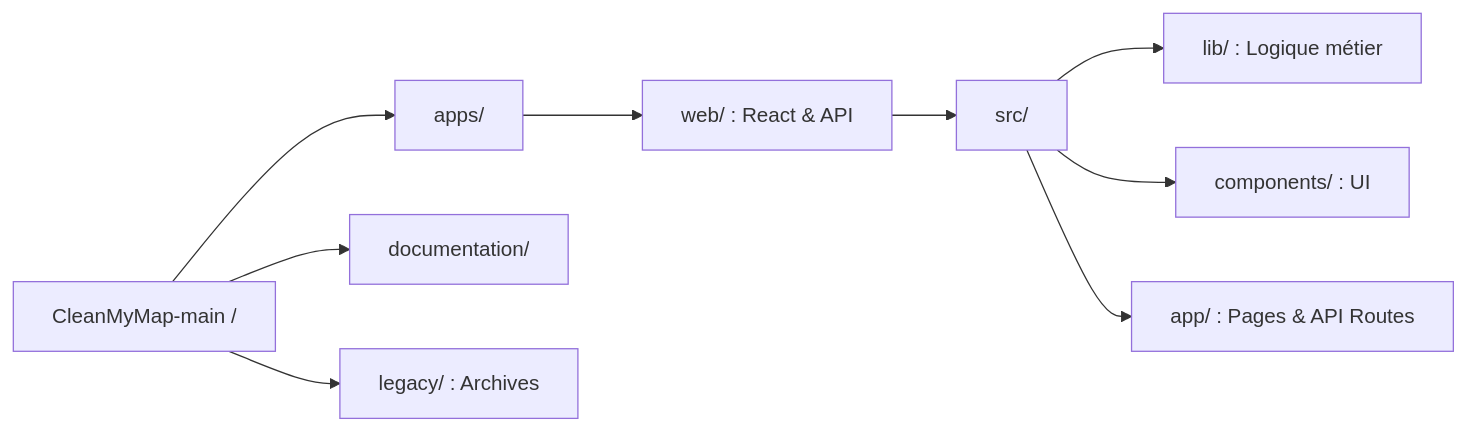
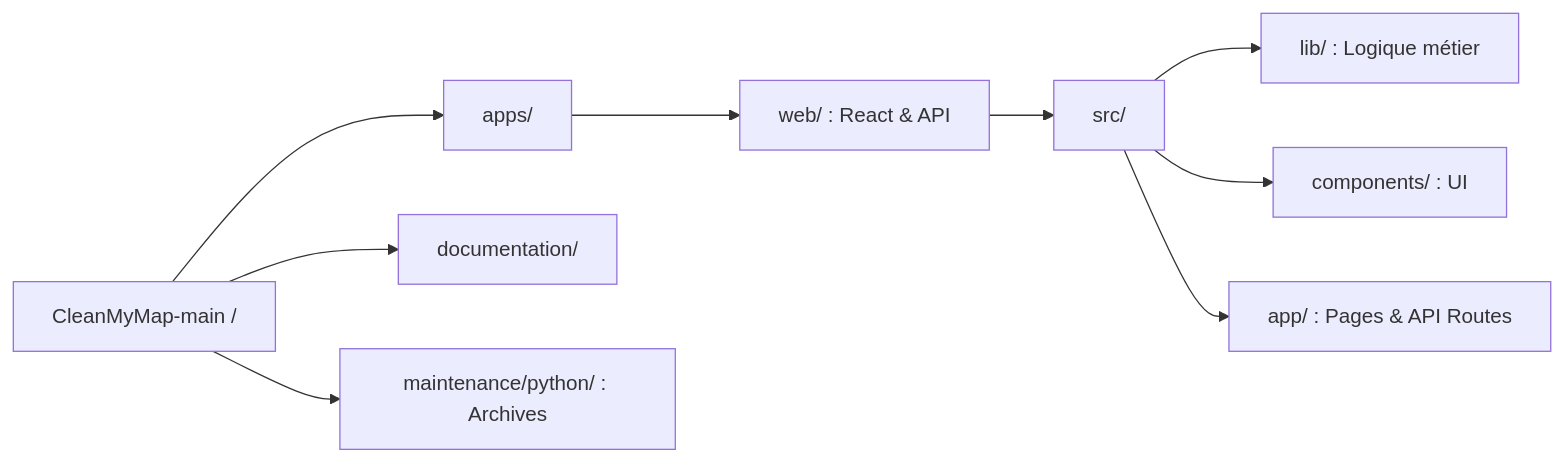
The second of 4 diagrams in documentation/architecture/master-architecture.md (maxd4/CleanmyMap), drawn with Mermaid before and after one commit. The commit also changed 400 other files, not shown here.

````diff
--- a/documentation/architecture/master-architecture.md
+++ b/documentation/architecture/master-architecture.md
@@ -36,13 +36,13 @@
 ```mermaid
 flowchart LR
     ROOT[CleanMyMap-main /]
     ROOT --> APPS[apps/]
     ROOT --> DOCS[documentation/]
-    ROOT --> LEGACY[legacy/ : Archives]
+    ROOT --> MAINT[maintenance/python/ : Archives]
 
     APPS --> WEB[web/ : React & API]
     WEB --> SRC[src/]
     SRC --> LIB[lib/ : Logique métier]
     SRC --> COMPONENTS[components/ : UI]
     SRC --> APP_ROUTE[app/ : Pages & API Routes]
 ```
````
